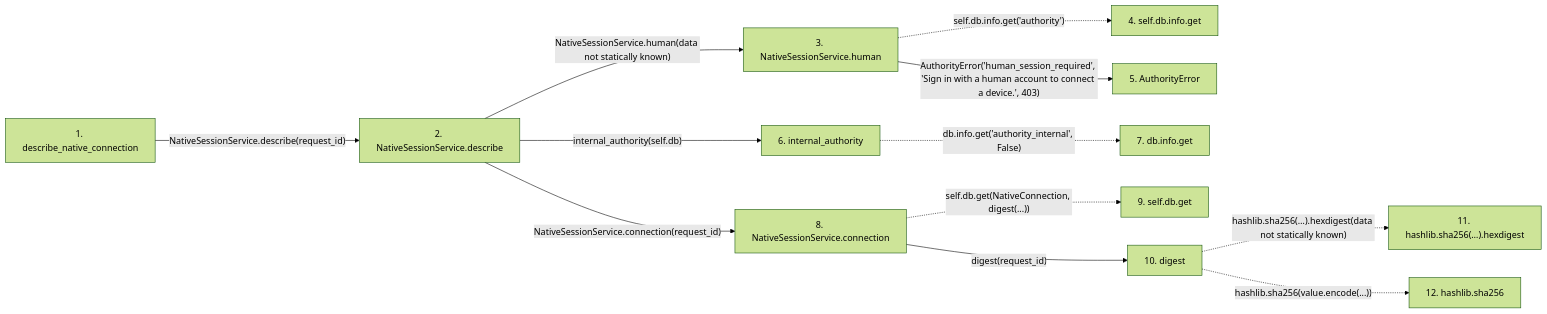
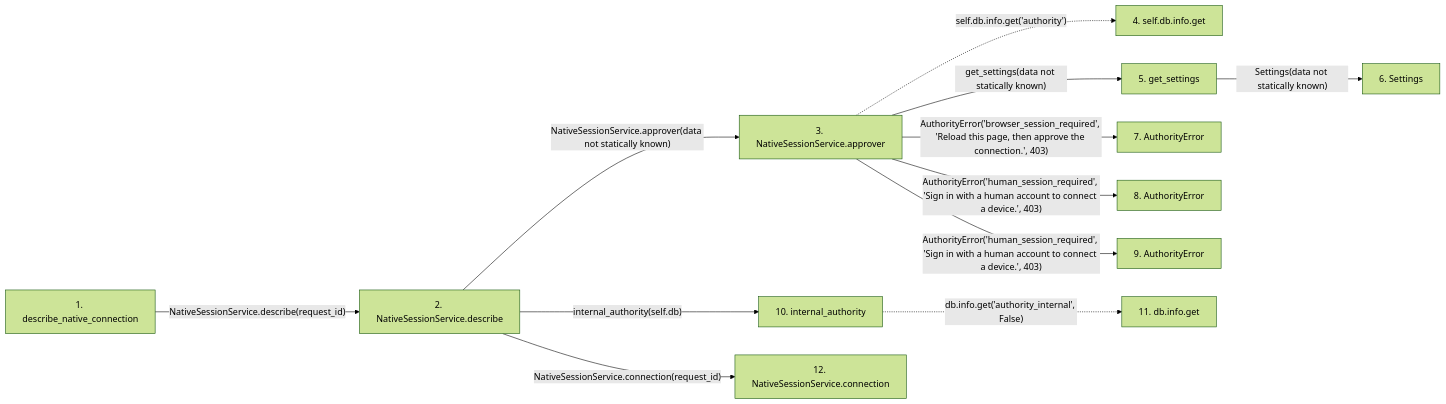
One commit to Denissvgn/WorkChord changed the second of 2 diagrams in docs/llm_wiki/flows/http-describe_native_connection.md. Above: the diagram before and after it, drawn with Mermaid (forest theme). The commit also changed other lines of this file and 1048 other files, not shown here.

````diff
--- a/docs/llm_wiki/flows/http-describe_native_connection.md
+++ b/docs/llm_wiki/flows/http-describe_native_connection.md
@@ -98,33 +106,36 @@
 ```mermaid
 flowchart LR
     s1["1. describe_native_connection"]
     s2["2. NativeSessionService.describe"]
-    s3["3. NativeSessionService.human"]
+    s3["3. NativeSessionService.approver"]
     s4["4. self.db.info.get"]
-    s5["5. AuthorityError"]
-    s6["6. internal_authority"]
-    s7["7. db.info.get"]
-    s8["8. NativeSessionService.connection"]
-    s9["9. self.db.get"]
-    s10["10. digest"]
-    s11["11. hashlib.sha256(…).hexdigest"]
-    s12["12. hashlib.sha256"]
+    s5["5. get_settings"]
+    s6["6. Settings"]
+    s7["7. AuthorityError"]
+    s8["8. AuthorityError"]
+    s9["9. AuthorityError"]
+    s10["10. internal_authority"]
+    s11["11. db.info.get"]
+    s12["12. NativeSessionService.connection"]
     s1 -->|"NativeSessionService.describe(request_id)"| s2
-    s2 -->|"NativeSessionService.human(data not statically known)"| s3
+    s2 -->|"NativeSessionService.approver(data not statically known)"| s3
     s3 -. "self.db.info.get('authority')" .-> s4
-    s3 -->|"AuthorityError('human_session_required', 'Sign in with a human account to connect a device.', 403)"| s5
-    s2 -->|"internal_authority(self.db)"| s6
-    s6 -. "db.info.get('authority_internal', False)" .-> s7
-    s2 -->|"NativeSessionService.connection(request_id)"| s8
-    s8 -. "self.db.get(NativeConnection, digest(...))" .-> s9
-    s8 -->|"digest(request_id)"| s10
-    s10 -. "hashlib.sha256(…).hexdigest(data not statically known)" .-> s11
-    s10 -. "hashlib.sha256(value.encode(...))" .-> s12
+    s3 -->|"get_settings(data not statically known)"| s5
+    s5 -->|"Settings(data not statically known)"| s6
+    s3 -->|"AuthorityError('browser_session_required', 'Reload this page, then approve the connection.', 403)"| s7
+    s3 -->|"AuthorityError('human_session_required', 'Sign in with a human account to connect a device.', 403)"| s8
+    s3 -->|"AuthorityError('human_session_required', 'Sign in with a human account to connect a device.', 403)"| s9
+    s2 -->|"internal_authority(self.db)"| s10
+    s10 -. "db.info.get('authority_internal', False)" .-> s11
+    s2 -->|"NativeSessionService.connection(request_id)"| s12
     click s1 "../modules/routers_identity.md"
     click s2 "../modules/native_session_service.md"
     click s3 "../modules/native_session_service.md"
-    click s5 "../modules/authority.md"
-    click s6 "../modules/authority.md"
-    click s8 "../modules/native_session_service.md"
-    click s10 "../modules/identity_service.md"
+    click s5 "../modules/config.md"
+    click s6 "../modules/config.md"
+    click s7 "../modules/authority.md"
+    click s8 "../modules/authority.md"
+    click s9 "../modules/authority.md"
+    click s10 "../modules/authority.md"
+    click s12 "../modules/native_session_service.md"
 ```
````
